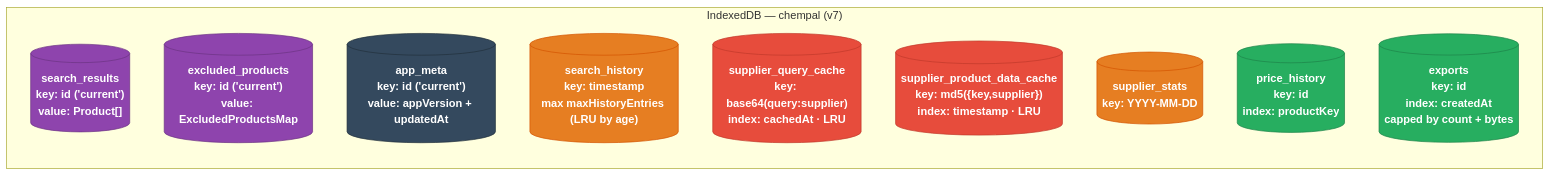
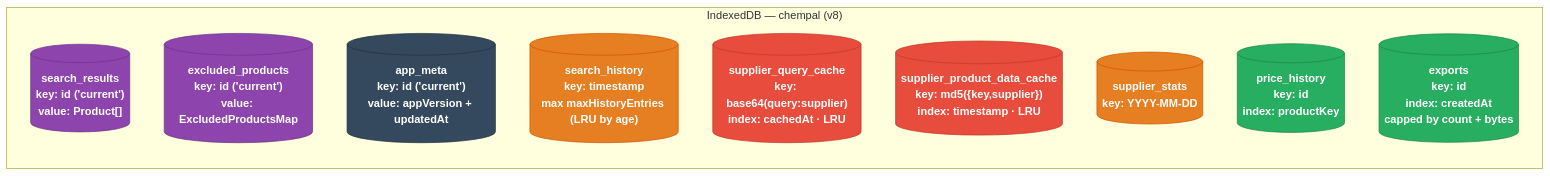
The diagram in pages/diagrams/indexeddb-stores.md (jhyland87/chem-pal), drawn with Mermaid before and after one commit. The commit also changed 6 other files, not shown here.

````diff
--- a/pages/diagrams/indexeddb-stores.md
+++ b/pages/diagrams/indexeddb-stores.md
@@ -18,28 +18,28 @@
 ```mermaid
 flowchart LR
 linkStyle default stroke-width:4px;
 classDef idb fill:#E67E22,stroke:#D35400,color:#fff,font-weight:bold
 classDef single fill:#8E44AD,stroke:#6C3483,color:#fff,font-weight:bold
 classDef lru fill:#E74C3C,stroke:#C0392B,color:#fff,font-weight:bold
 classDef user fill:#27AE60,stroke:#1E8449,color:#fff,font-weight:bold
 classDef meta fill:#34495E,stroke:#22303D,color:#fff,font-weight:bold
 
-subgraph DB["IndexedDB — chempal (v7)"]
+subgraph DB["IndexedDB — chempal (v8)"]
 direction TB
 SR[("search_results\nkey: id ('current')\nvalue: Product[]")]
 EX[("excluded_products\nkey: id ('current')\nvalue: ExcludedProductsMap")]
 AM[("app_meta\nkey: id ('current')\nvalue: appVersion + updatedAt")]
 SH[("search_history\nkey: timestamp\nmax maxHistoryEntries (LRU by age)")]
 QC[("supplier_query_cache\nkey: base64(query:supplier)\nindex: cachedAt · LRU")]
 PC[("supplier_product_data_cache\nkey: md5({key,supplier})\nindex: timestamp · LRU")]
 SS[("supplier_stats\nkey: YYYY-MM-DD")]
 PH[("price_history\nkey: id\nindex: productKey")]
 XP[("exports\nkey: id\nindex: createdAt\ncapped by count + bytes")]
 end
 
 class SR,EX single
 class SH,SS idb
 class QC,PC lru
 class PH,XP user
 class AM meta
 ```
````
